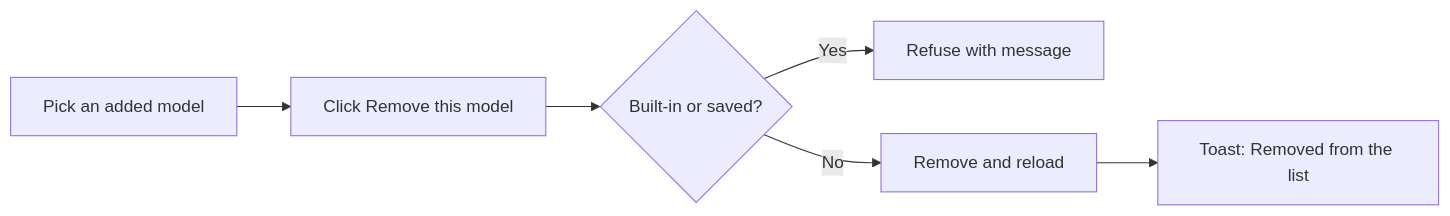
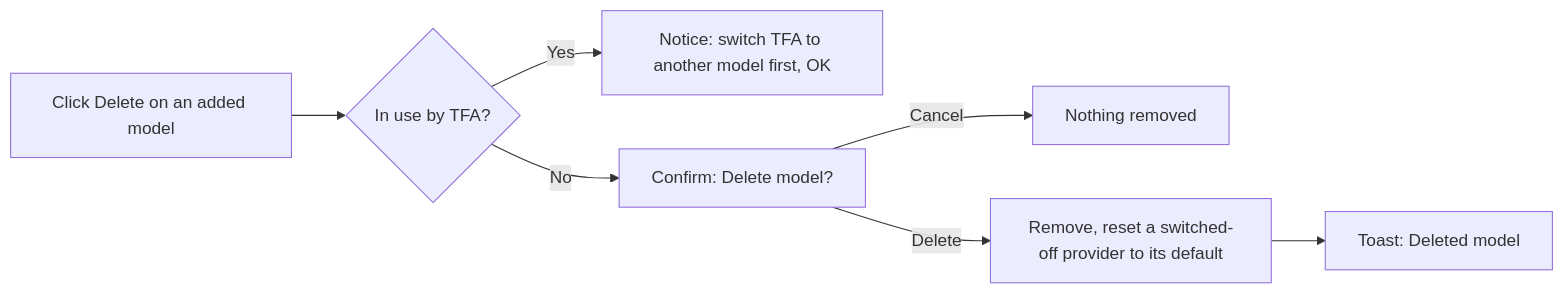
One commit to jojogeorge3344/TaskFlow-Project changed the third of 4 diagrams in TF - Documents/TF - BRD/06-Settings/06.3-TFA-Settings/BRD-TFA-Settings.md. Above: the diagram before and after it, drawn with Mermaid. The commit also changed other lines of this file and 103 other files, not shown here.

First line of the commit message:
feat(tfa): add AI model page, model ID check, read-only model list and edit

````diff
--- a/TF - Documents/TF - BRD/06-Settings/06.3-TFA-Settings/BRD-TFA-Settings.md
+++ b/TF - Documents/TF - BRD/06-Settings/06.3-TFA-Settings/BRD-TFA-Settings.md
@@ -230,8 +250,9 @@
 ```mermaid
 flowchart LR
-  A["Pick an added model"] --> B["Click Remove this model"]
-  B --> C{"Built-in or saved?"}
-  C -- Yes --> D["Refuse with message"]
-  C -- No --> E["Remove and reload"]
-  E --> F["Toast: Removed from the list"]
+  A["Click Delete on an added model"] --> B{"In use by TFA?"}
+  B -- Yes --> C["Notice: switch TFA to another model first, OK"]
+  B -- No --> D["Confirm: Delete model?"]
+  D -- Cancel --> E["Nothing removed"]
+  D -- Delete --> F["Remove, reset a switched-off provider to its default"]
+  F --> G["Toast: Deleted model"]
 ```
````
